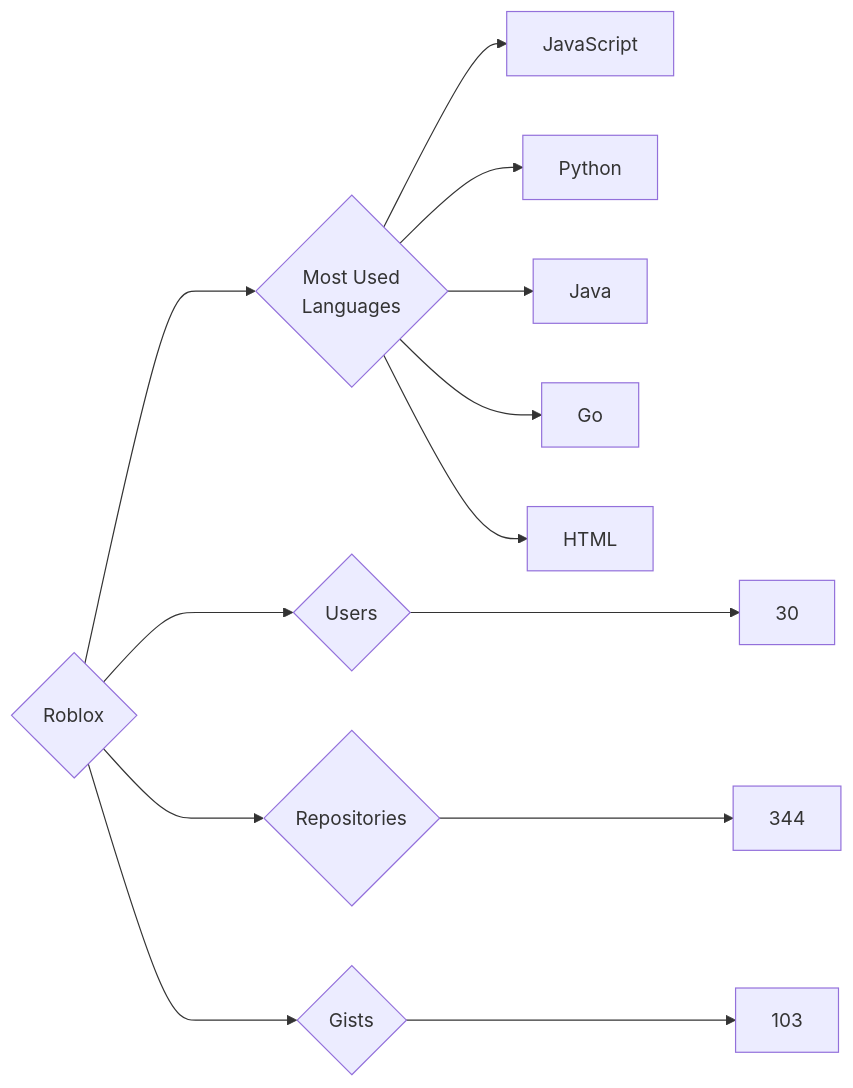
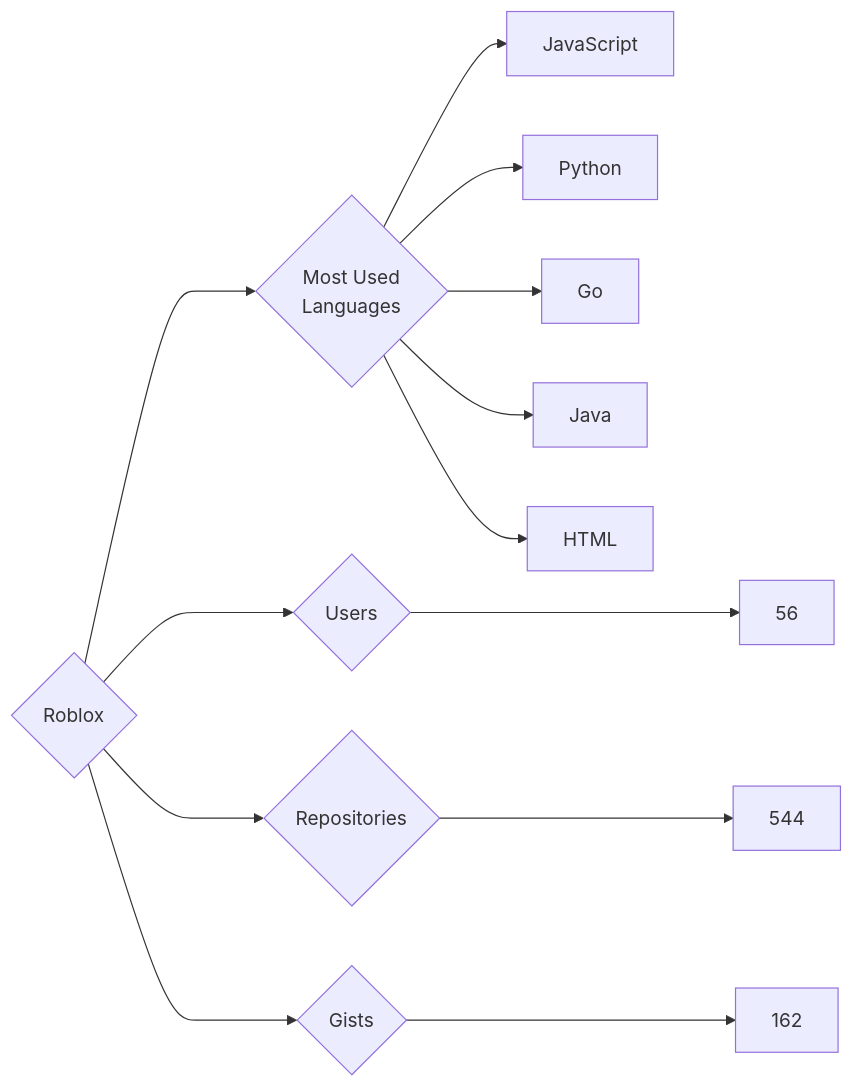
One commit to trickest/insiders changed the diagram in targets/Roblox/README.md. Above: the diagram before and after it, drawn with Mermaid. The commit also changed 972 other files, not shown here.

````diff
--- a/targets/Roblox/README.md
+++ b/targets/Roblox/README.md
@@ -3,13 +3,13 @@
 ```mermaid
 graph LR
 COMPANY_NAME{Roblox}
-COMPANY_NAME ---> U{Users} ---> UN[30]
-COMPANY_NAME ---> R{Repositories} ---> RN[344]
-COMPANY_NAME ---> G{Gists} ---> GN[103]
+COMPANY_NAME ---> U{Users} ---> UN[56]
+COMPANY_NAME ---> R{Repositories} ---> RN[544]
+COMPANY_NAME ---> G{Gists} ---> GN[162]
 COMPANY_NAME ---> ML{Most Used<br>Languages}
 ML --> JavaScript[JavaScript]
 ML --> Python[Python]
+ML --> Go[Go]
 ML --> Java[Java]
-ML --> Go[Go]
 ML --> HTML[HTML]
 ```
````
